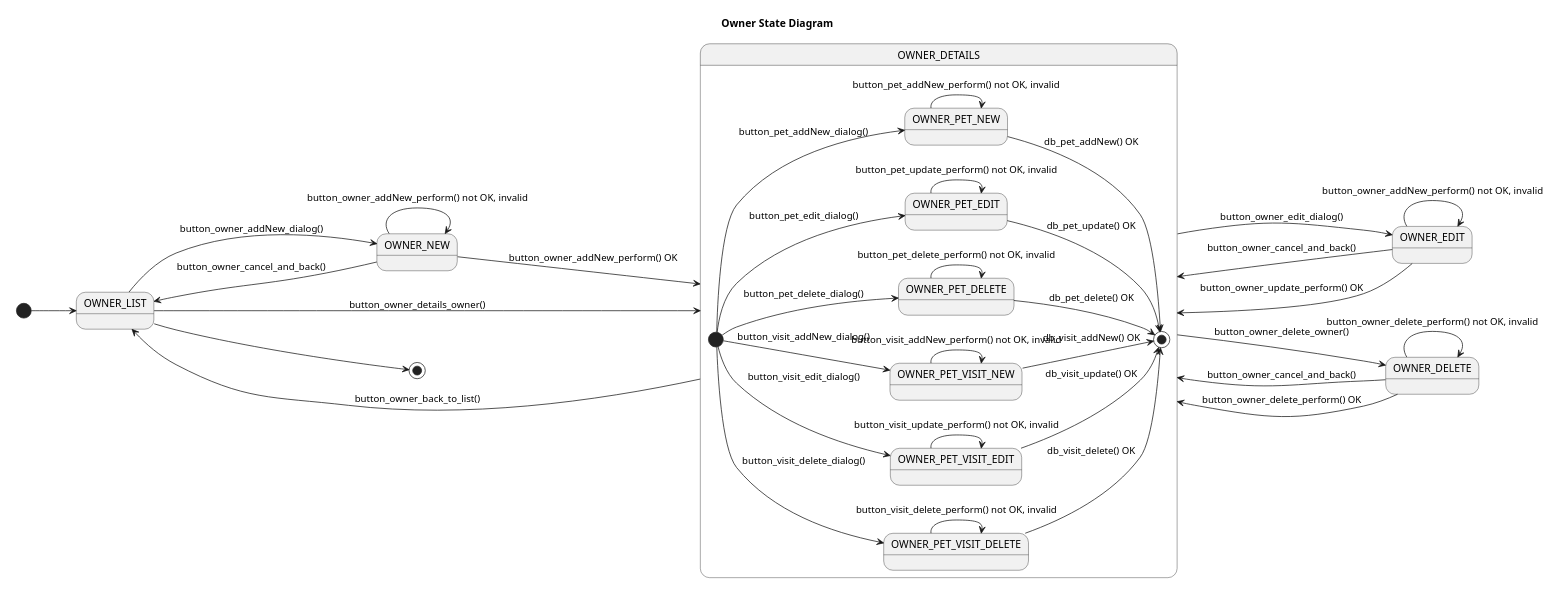
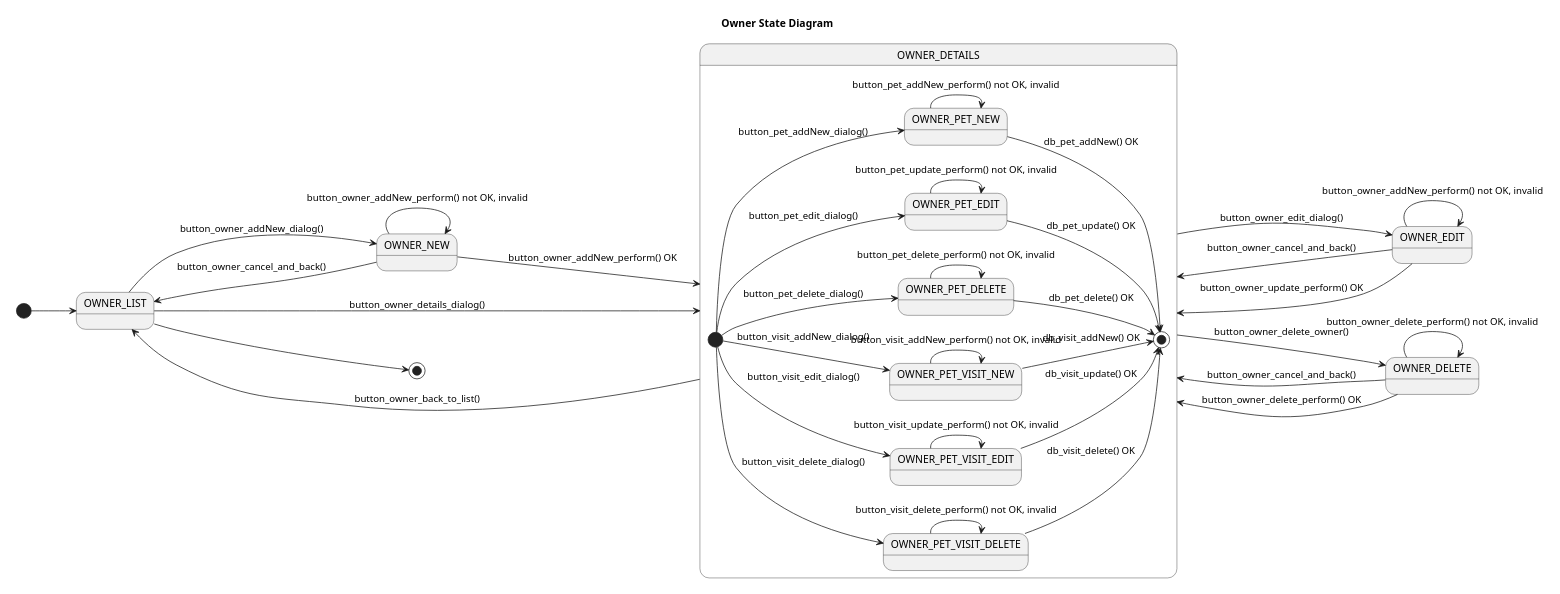
Before and after one commit to Jakarta-EE-Petclinic/petclinic-uml: the diagram in puml/owner/Owner__State.puml, drawn with PlantUML. The commit also changed 6 other files, not shown here.

```diff
--- a/puml/owner/Owner__State.puml
+++ b/puml/owner/Owner__State.puml
@@ -1,79 +1,79 @@
 @startuml
 
 title Owner State Diagram
 
 'https://plantuml.com/state-diagram
 
 left to right direction
 'top to bottom direction
 
 scale 1000 width
 
 [*] --> OWNER_LIST
 
 OWNER_LIST --> OWNER_NEW :   button_owner_addNew_dialog()
 OWNER_NEW --> OWNER_LIST:    button_owner_cancel_and_back()
 OWNER_NEW --> OWNER_DETAILS: button_owner_addNew_perform() OK
 
-OWNER_LIST --> OWNER_DETAILS: button_owner_details_owner()
+OWNER_LIST --> OWNER_DETAILS: button_owner_details_dialog()
 OWNER_DETAILS --> OWNER_LIST: button_owner_back_to_list()
 
 OWNER_DETAILS --> OWNER_EDIT: button_owner_edit_dialog()
 OWNER_EDIT --> OWNER_DETAILS: button_owner_cancel_and_back()
 OWNER_EDIT --> OWNER_DETAILS: button_owner_update_perform() OK
 
 OWNER_DETAILS --> OWNER_DELETE: button_owner_delete_owner()
 OWNER_DELETE --> OWNER_DETAILS: button_owner_cancel_and_back()
 OWNER_DELETE --> OWNER_DETAILS: button_owner_delete_perform() OK
 
 state OWNER_DETAILS {
 
     [*] --> OWNER_PET_NEW: button_pet_addNew_dialog()
     [*] --> OWNER_PET_EDIT: button_pet_edit_dialog()
     [*] --> OWNER_PET_DELETE: button_pet_delete_dialog()
 
     [*] --> OWNER_PET_VISIT_NEW: button_visit_addNew_dialog()
     [*] --> OWNER_PET_VISIT_EDIT: button_visit_edit_dialog()
     [*] --> OWNER_PET_VISIT_DELETE: button_visit_delete_dialog()
 
     OWNER_PET_NEW --> [*] : db_pet_addNew() OK
     OWNER_PET_EDIT --> [*] : db_pet_update() OK
     OWNER_PET_DELETE --> [*]: db_pet_delete() OK
 
     OWNER_PET_VISIT_NEW --> [*] : db_visit_addNew() OK
     OWNER_PET_VISIT_EDIT --> [*] : db_visit_update() OK
     OWNER_PET_VISIT_DELETE --> [*]: db_visit_delete() OK
 
     state OWNER_PET_NEW {
         OWNER_PET_NEW --> OWNER_PET_NEW : button_pet_addNew_perform() not OK, invalid
     }
     state OWNER_PET_EDIT {
         OWNER_PET_EDIT --> OWNER_PET_EDIT : button_pet_update_perform() not OK, invalid
     }
     state OWNER_PET_DELETE {
         OWNER_PET_DELETE --> OWNER_PET_DELETE: button_pet_delete_perform() not OK, invalid
     }
 
     state OWNER_PET_VISIT_NEW {
         OWNER_PET_VISIT_NEW --> OWNER_PET_VISIT_NEW : button_visit_addNew_perform() not OK, invalid
     }
     state OWNER_PET_VISIT_EDIT {
         OWNER_PET_VISIT_EDIT --> OWNER_PET_VISIT_EDIT : button_visit_update_perform() not OK, invalid
     }
     state OWNER_PET_VISIT_DELETE {
         OWNER_PET_VISIT_DELETE --> OWNER_PET_VISIT_DELETE: button_visit_delete_perform() not OK, invalid
     }
 }
 state OWNER_EDIT {
     OWNER_EDIT --> OWNER_EDIT: button_owner_addNew_perform() not OK, invalid
 }
 state OWNER_DELETE {
     OWNER_DELETE --> OWNER_DELETE: button_owner_delete_perform() not OK, invalid
 }
 state OWNER_NEW {
     OWNER_NEW --> OWNER_NEW : button_owner_addNew_perform() not OK, invalid
 }
 
 OWNER_LIST --> [*]
 
 @enduml
```
